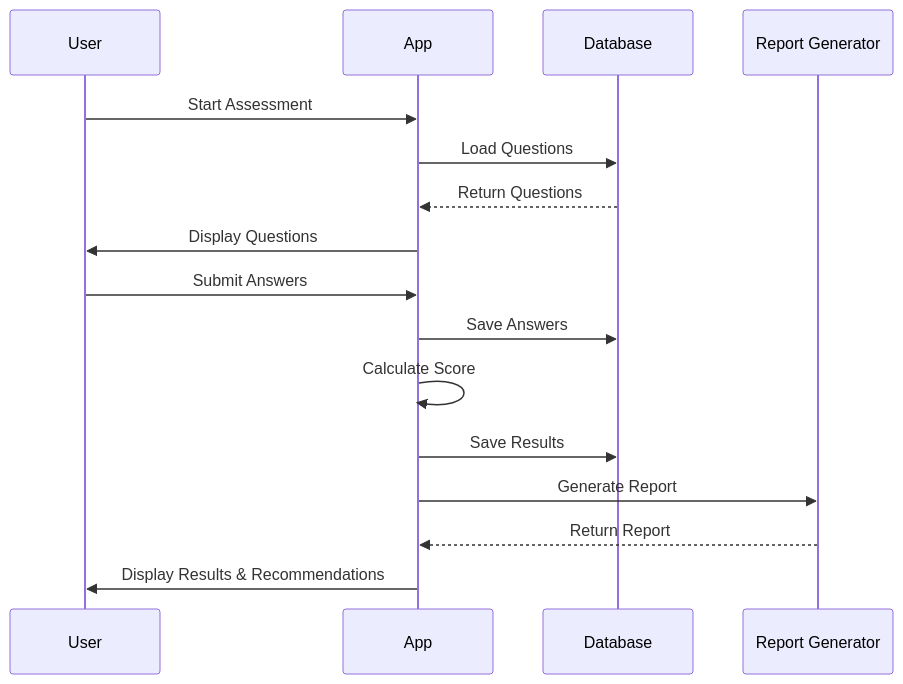
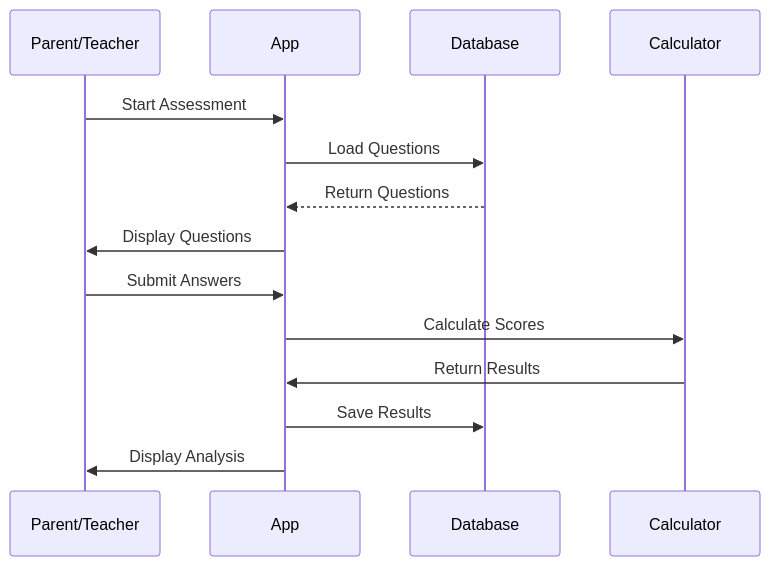
The second of 4 diagrams in TECHNICAL_DIAGRAMS.md (mahmoodhamdi/Khuta), drawn with Mermaid before and after one commit. The commit also changed other lines of this file and 8 other files, not shown here.

````diff
--- a/TECHNICAL_DIAGRAMS.md
+++ b/TECHNICAL_DIAGRAMS.md
@@ -72,19 +73,17 @@
 ```mermaid
 sequenceDiagram
-    participant U as User
+    participant P as Parent/Teacher
     participant A as App
     participant DB as Database
-    participant R as Report Generator
+    participant C as Calculator
 
-    U->>A: Start Assessment
+    P->>A: Start Assessment
     A->>DB: Load Questions
     DB-->>A: Return Questions
-    A->>U: Display Questions
-    U->>A: Submit Answers
-    A->>DB: Save Answers
-    A->>A: Calculate Score
+    A->>P: Display Questions
+    P->>A: Submit Answers
+    A->>C: Calculate Scores
+    C->>A: Return Results
     A->>DB: Save Results
-    A->>R: Generate Report
-    R-->>A: Return Report
-    A->>U: Display Results & Recommendations
+    A->>P: Display Analysis
 ```
````
